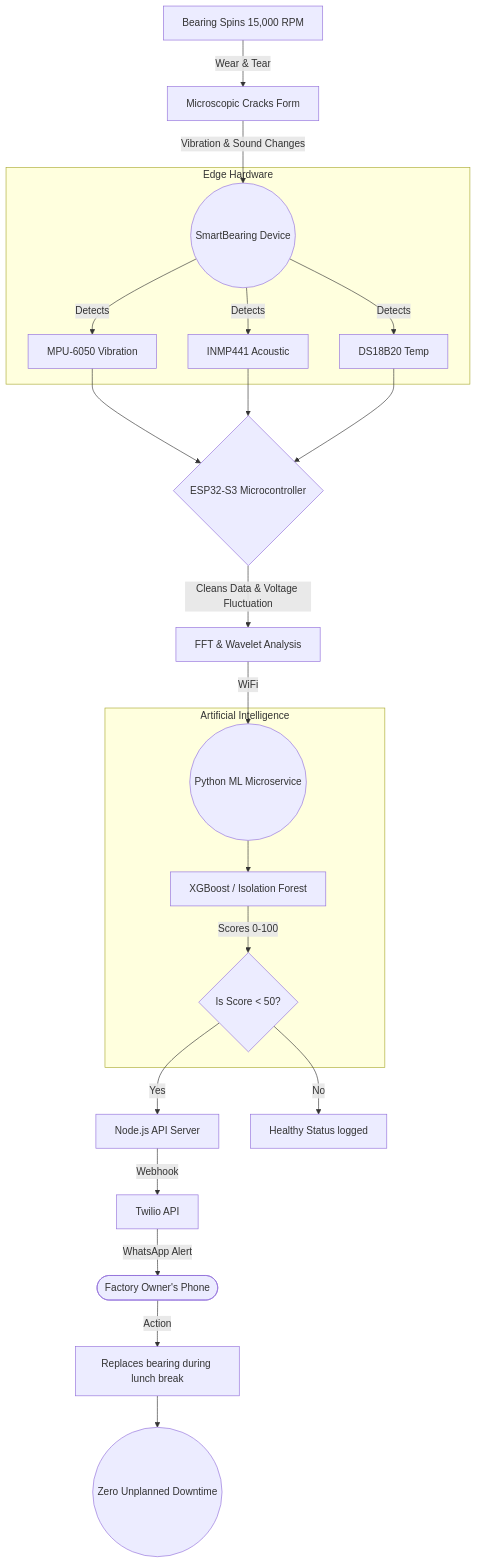
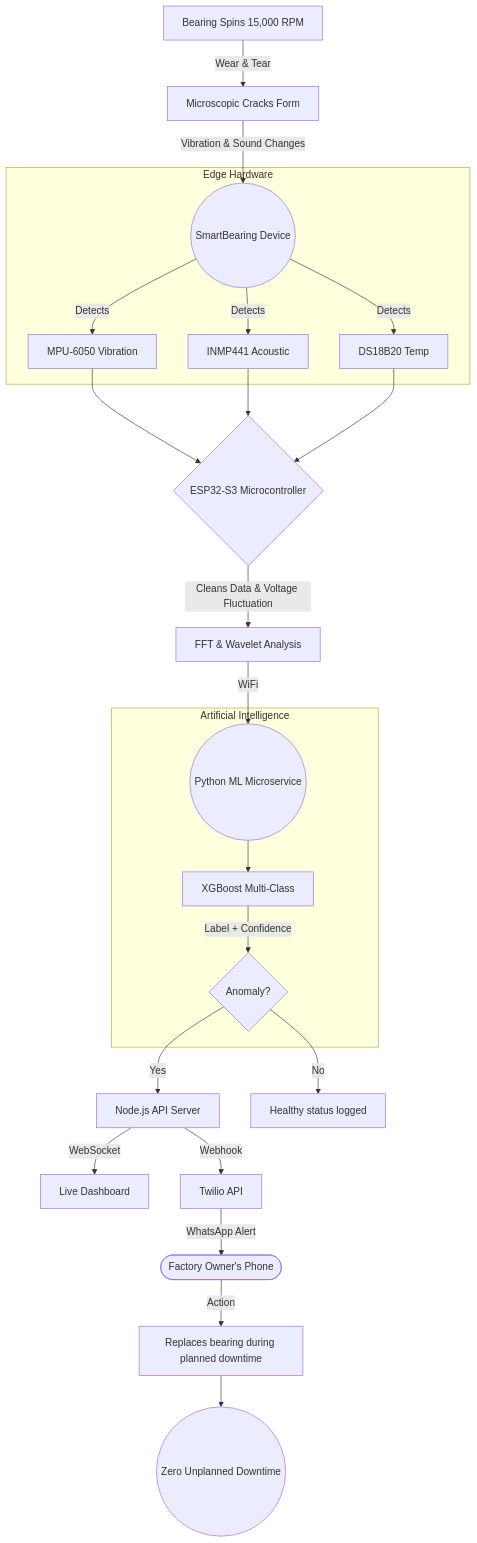
One commit to Vaishnav-Hub9/hackathon-vibration-monitor changed the first of 2 diagrams in README.md. Above: the diagram before and after it, drawn with Mermaid. The commit also changed other lines of this file, not shown here.

````diff
--- a/README.md
+++ b/README.md
@@ -31,29 +48,29 @@
 ```mermaid
 flowchart TD
     A[Bearing Spins 15,000 RPM] -->|Wear & Tear| B[Microscopic Cracks Form]
     B -->|Vibration & Sound Changes| C((SmartBearing Device))
-    
+
     subgraph Edge Hardware
     C -->|Detects| D1[MPU-6050 Vibration]
     C -->|Detects| D2[INMP441 Acoustic]
     C -->|Detects| D3[DS18B20 Temp]
     end
 
     D1 & D2 & D3 --> E{ESP32-S3 Microcontroller}
     E -->|Cleans Data & Voltage Fluctuation| F[FFT & Wavelet Analysis]
-    
+
     F -->|WiFi| G((Python ML Microservice))
-    
     subgraph Artificial Intelligence
-    G --> H[XGBoost / Isolation Forest]
-    H -->|Scores 0-100| I{Is Score < 50?}
+    G --> H[XGBoost Multi-Class]
+    H -->|Label + Confidence| I{Anomaly?}
     end
-    
+
     I -- Yes --> J[Node.js API Server]
-    I -- No --> K[Healthy Status logged]
-    
+    I -- No --> K[Healthy status logged]
+
+    J -->|WebSocket| P[Live Dashboard]
     J -->|Webhook| L[Twilio API]
     L -->|WhatsApp Alert| M([Factory Owner's Phone])
-    M -->|Action| N[Replaces bearing during lunch break]
+    M -->|Action| N[Replaces bearing during planned downtime]
     N --> O((Zero Unplanned Downtime))
 ```
````
